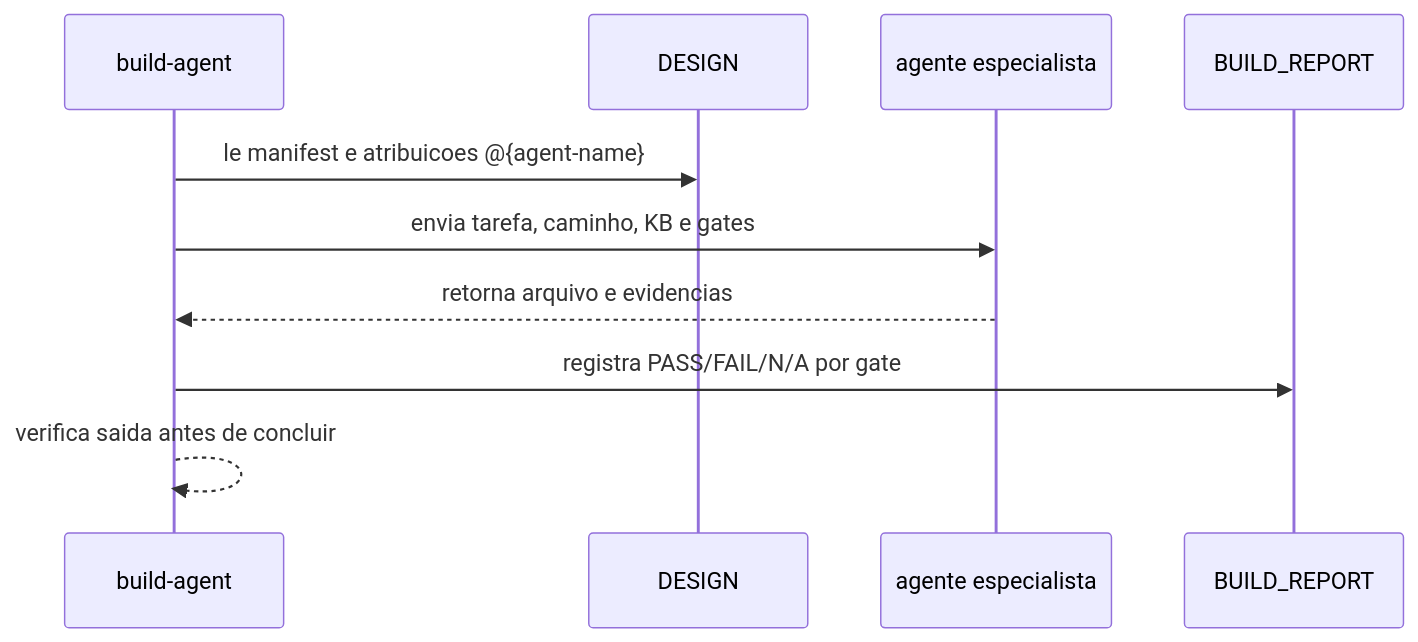
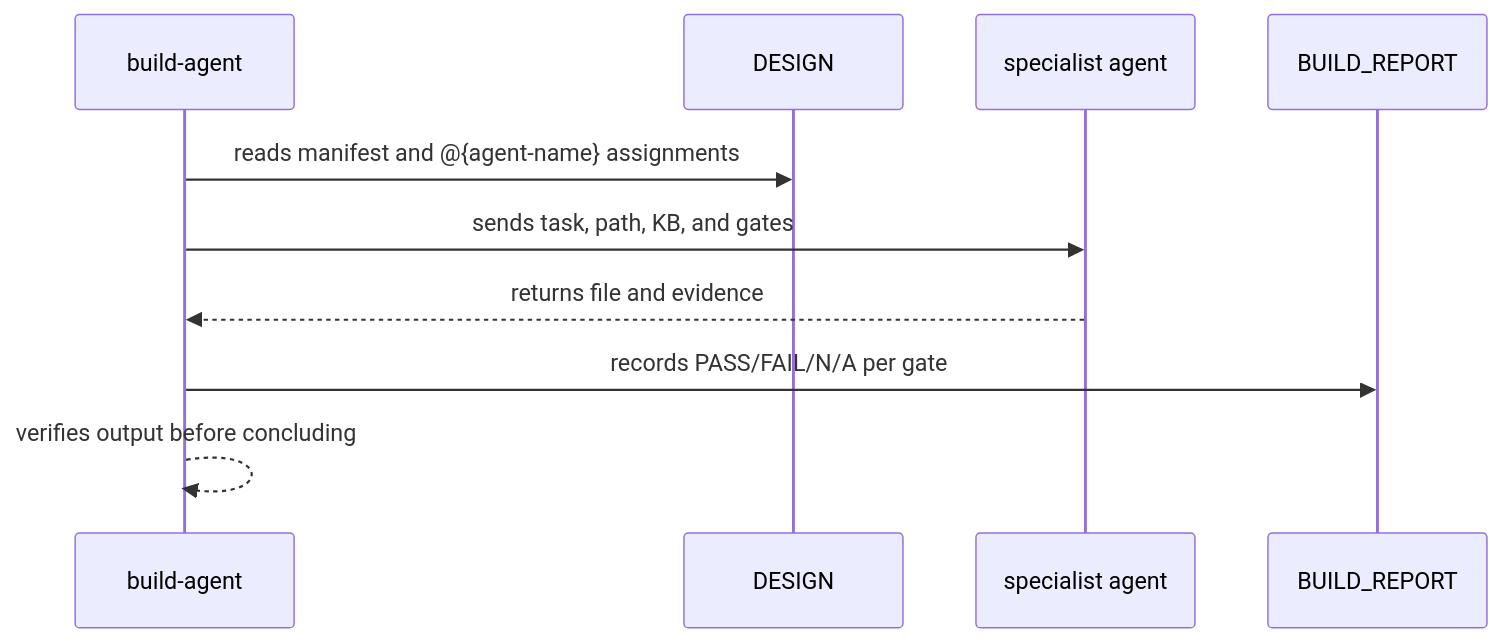
One commit to Tiao553/sdd-harness-copilot changed the second of 2 diagrams in docs/reference/agents.md. Above: the diagram before and after it, drawn with Mermaid. The commit also changed other lines of this file and 19 other files, not shown here.

````diff
--- a/docs/reference/agents.md
+++ b/docs/reference/agents.md
@@ -59,13 +59,13 @@
 ```mermaid
 sequenceDiagram
     participant Build as build-agent
     participant Design as DESIGN
-    participant Specialist as agente especialista
+    participant Specialist as specialist agent
     participant Report as BUILD_REPORT
 
-    Build->>Design: le manifest e atribuicoes @{agent-name}
-    Build->>Specialist: envia tarefa, caminho, KB e gates
-    Specialist-->>Build: retorna arquivo e evidencias
-    Build->>Report: registra PASS/FAIL/N/A por gate
-    Build-->>Build: verifica saida antes de concluir
+    Build->>Design: reads manifest and @{agent-name} assignments
+    Build->>Specialist: sends task, path, KB, and gates
+    Specialist-->>Build: returns file and evidence
+    Build->>Report: records PASS/FAIL/N/A per gate
+    Build-->>Build: verifies output before concluding
 ```
````
